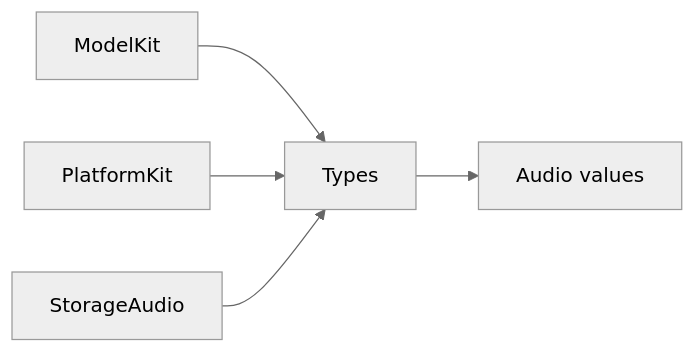
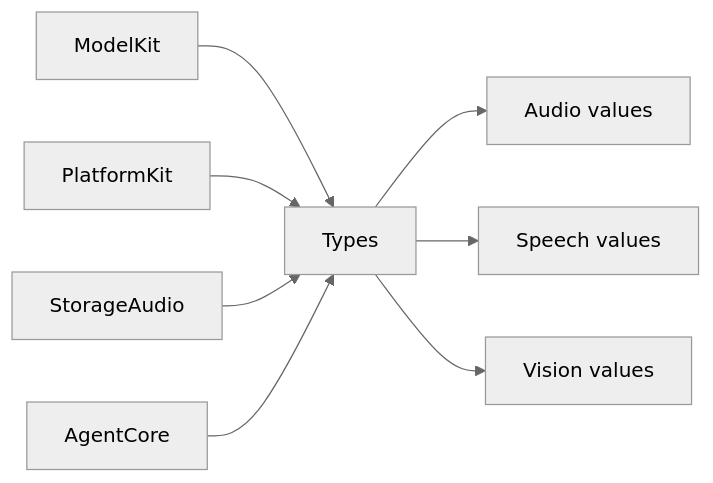
The diagram in MobileHarness/Types/README.md (devilyouwei/MobileHarness), drawn with Mermaid (neutral theme) before and after one commit. The commit also changed other lines of this file and 115 other files, not shown here.

Commit message:
Separate AgentCore framework contracts from business policy

````diff
--- a/MobileHarness/Types/README.md
+++ b/MobileHarness/Types/README.md
@@ -10,7 +11,10 @@
 ```mermaid
 flowchart LR
     ModelKit --> Types
     PlatformKit --> Types
     StorageAudio --> Types
     Types --> Audio[Audio values]
+    AgentCore --> Types
+    Types --> Speech[Speech values]
+    Types --> Vision[Vision values]
 ```
````
